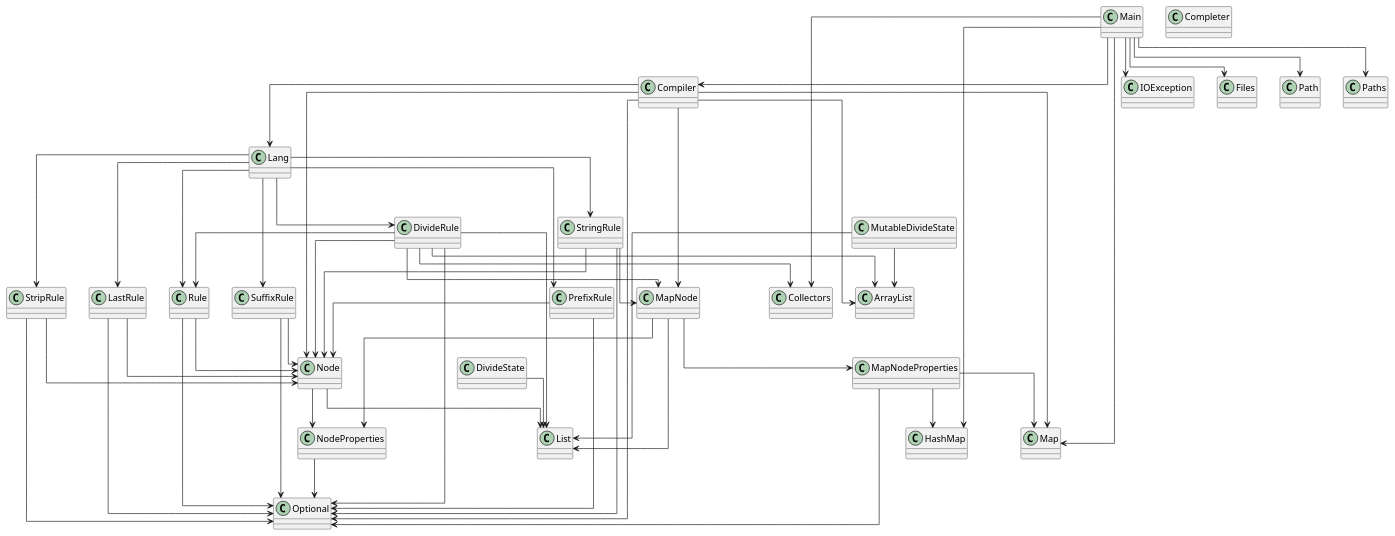
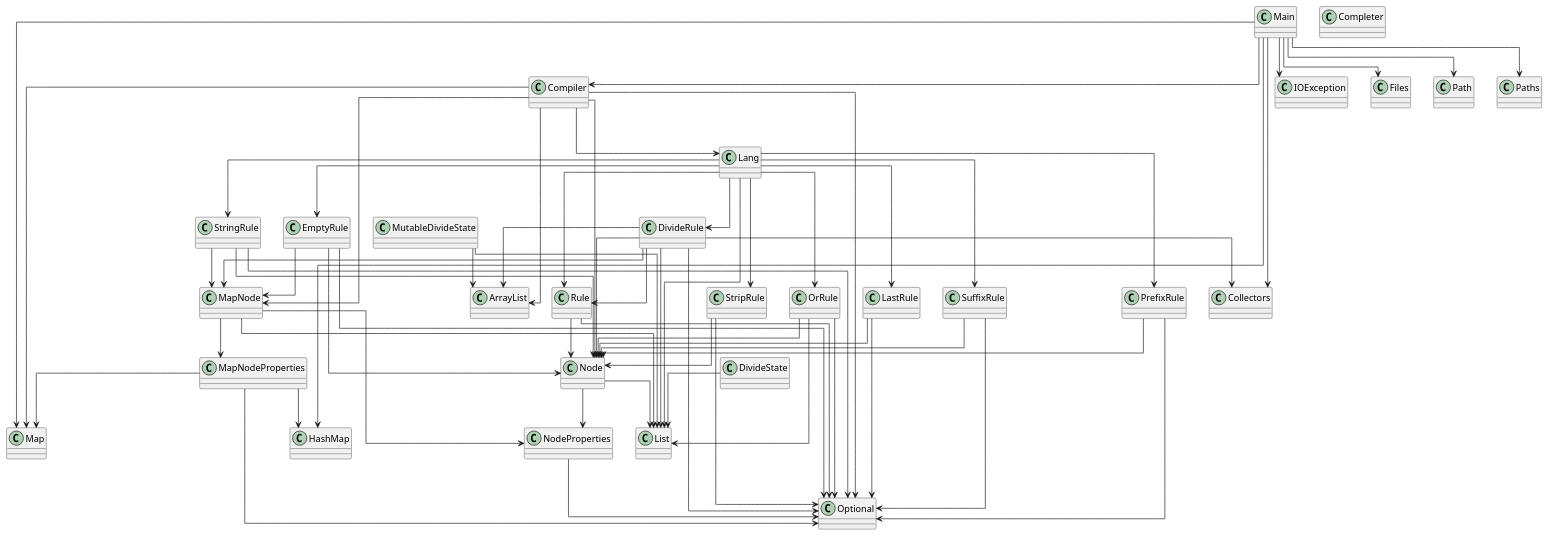
Before and after one commit to SirMathhman/Magma: the diagram in diagram.puml, drawn with PlantUML. The commit also changed 4 other files, not shown here.

```diff
--- a/diagram.puml
+++ b/diagram.puml
@@ -1,73 +1,84 @@
 @startuml
 skinparam linetype ortho
 class StringRule
 StringRule --> MapNode
 StringRule --> Node
 StringRule --> Optional
 class PrefixRule
 PrefixRule --> Node
 PrefixRule --> Optional
 class Compiler
 Compiler --> Lang
 Compiler --> Node
 Compiler --> MapNode
 Compiler --> ArrayList
 Compiler --> Map
 Compiler --> Optional
+class OrRule
+OrRule --> Node
+OrRule --> List
+OrRule --> Optional
+class EmptyRule
+EmptyRule --> MapNode
+EmptyRule --> Node
+EmptyRule --> Optional
 class Node
 Node --> NodeProperties
 Node --> List
 class StripRule
 StripRule --> Node
 StripRule --> Optional
 class Lang
+Lang --> EmptyRule
+Lang --> OrRule
 Lang --> Rule
 Lang --> DivideRule
 Lang --> LastRule
 Lang --> PrefixRule
 Lang --> StringRule
 Lang --> StripRule
 Lang --> SuffixRule
+Lang --> List
 class Completer
 class MutableDivideState
 MutableDivideState --> ArrayList
 MutableDivideState --> List
 class MapNode
 MapNode --> MapNodeProperties
 MapNode --> NodeProperties
 MapNode --> List
 class MapNodeProperties
 MapNodeProperties --> HashMap
 MapNodeProperties --> Map
 MapNodeProperties --> Optional
 class DivideState
 DivideState --> List
 class LastRule
 LastRule --> Node
 LastRule --> Optional
 class DivideRule
 DivideRule --> MapNode
 DivideRule --> Node
 DivideRule --> Rule
 DivideRule --> ArrayList
 DivideRule --> List
 DivideRule --> Optional
 DivideRule --> Collectors
 class NodeProperties
 NodeProperties --> Optional
 class SuffixRule
 SuffixRule --> Node
 SuffixRule --> Optional
 class Rule
 Rule --> Node
 Rule --> Optional
 class Main
 Main --> Compiler
 Main --> IOException
 Main --> Files
 Main --> Path
 Main --> Paths
 Main --> HashMap
 Main --> Map
 Main --> Collectors
 @enduml
```
